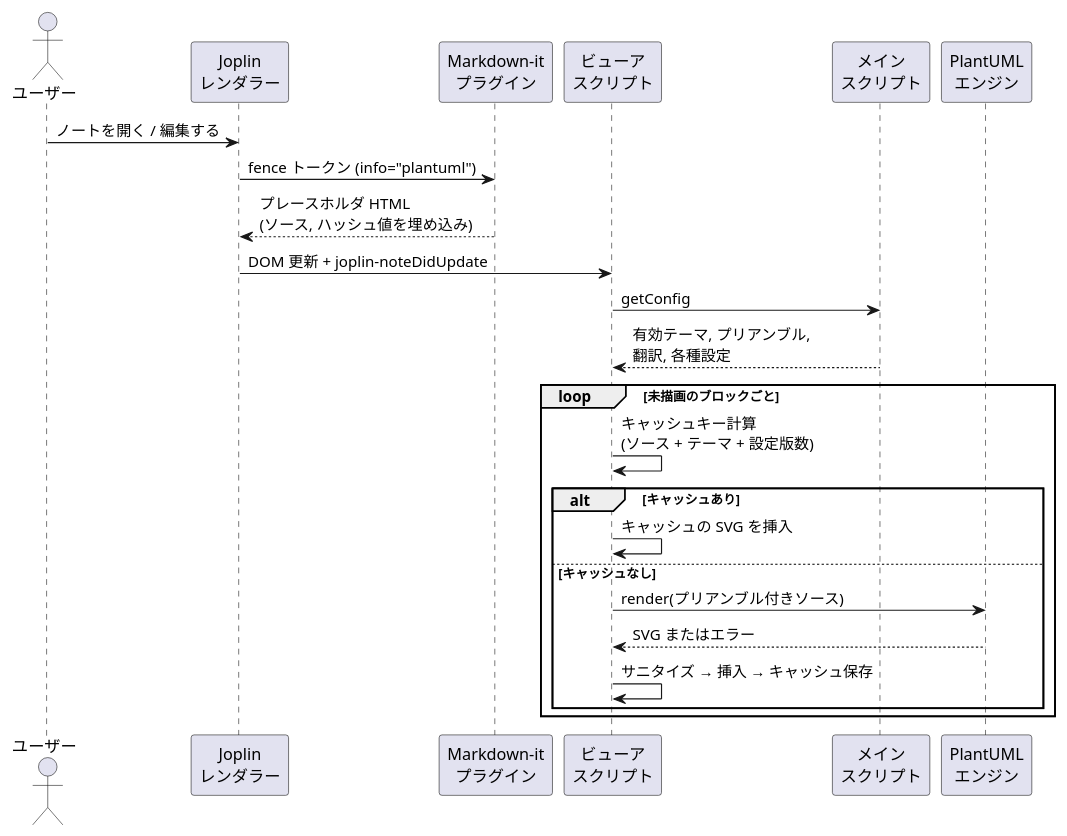
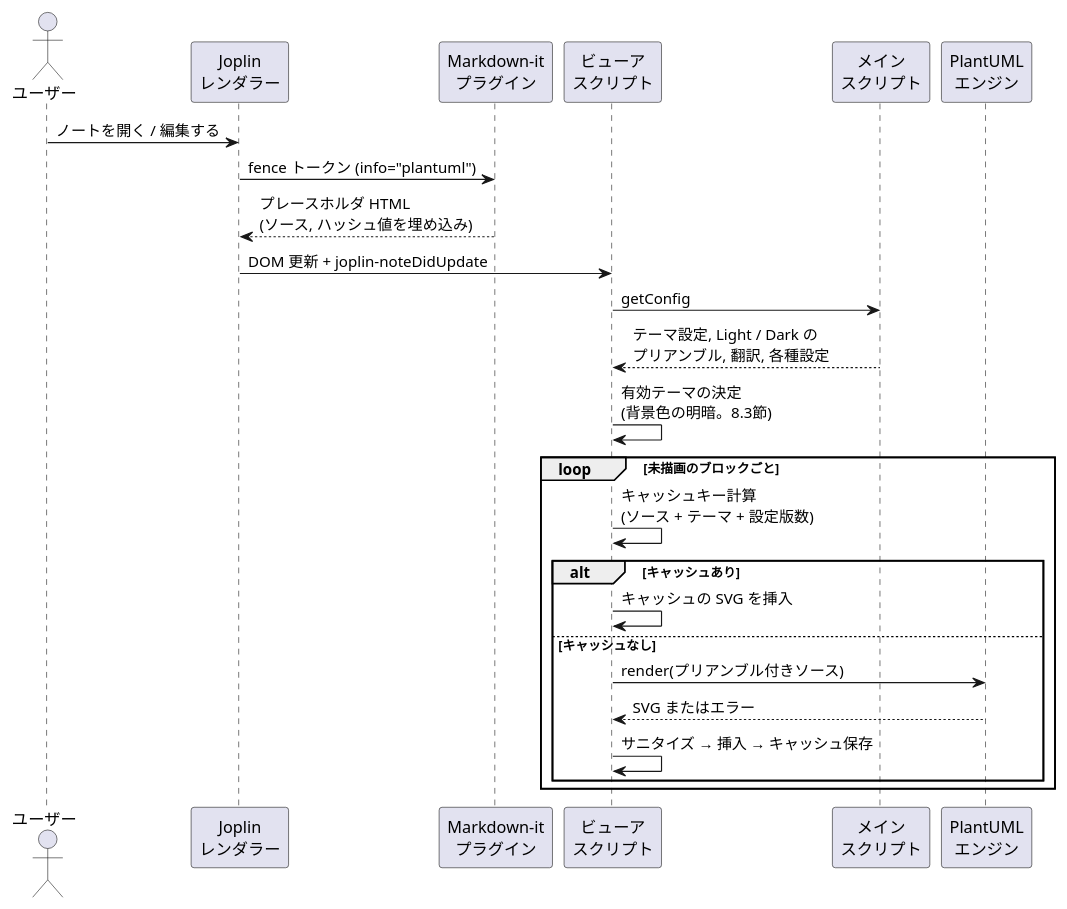
The second of 3 diagrams in docs/design.md (akiratamcat/joplin-plugin-dg-plantuml), drawn with PlantUML before and after one commit. The commit also changed other lines of this file, not shown here.

````diff
--- a/docs/design.md
+++ b/docs/design.md
@@ -201,27 +202,28 @@
 ```plantuml
 @startuml
 actor ユーザー
 participant "Joplin\nレンダラー" as R
 participant "Markdown-it\nプラグイン" as M
 participant "ビューア\nスクリプト" as V
 participant "メイン\nスクリプト" as P
 participant "PlantUML\nエンジン" as E
 
 ユーザー -> R : ノートを開く / 編集する
 R -> M : fence トークン (info="plantuml")
 M --> R : プレースホルダ HTML\n(ソース, ハッシュ値を埋め込み)
 R -> V : DOM 更新 + joplin-noteDidUpdate
 V -> P : getConfig
-P --> V : 有効テーマ, プリアンブル,\n翻訳, 各種設定
+P --> V : テーマ設定, Light / Dark の\nプリアンブル, 翻訳, 各種設定
+V -> V : 有効テーマの決定\n(背景色の明暗。8.3節)
 loop 未描画のブロックごと
   V -> V : キャッシュキー計算\n(ソース + テーマ + 設定版数)
   alt キャッシュあり
     V -> V : キャッシュの SVG を挿入
   else キャッシュなし
     V -> E : render(プリアンブル付きソース)
     E --> V : SVG またはエラー
     V -> V : サニタイズ → 挿入 → キャッシュ保存
   end
 end
 @enduml
 ```
````
